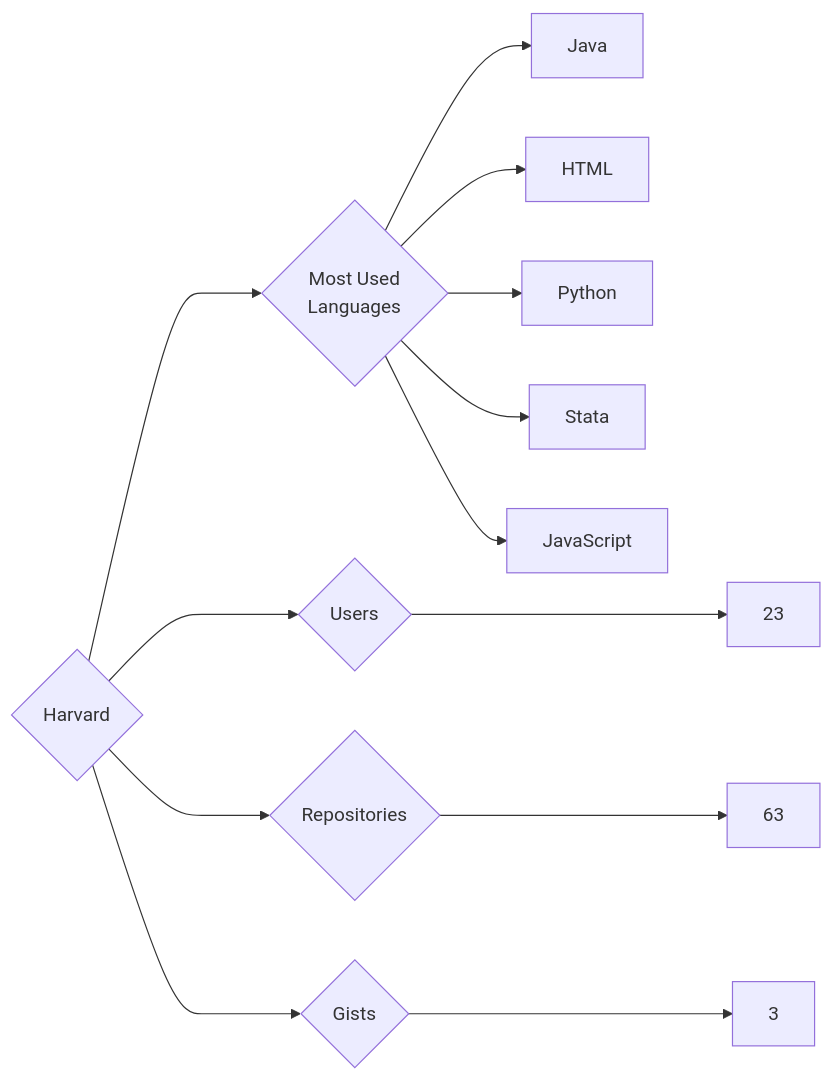
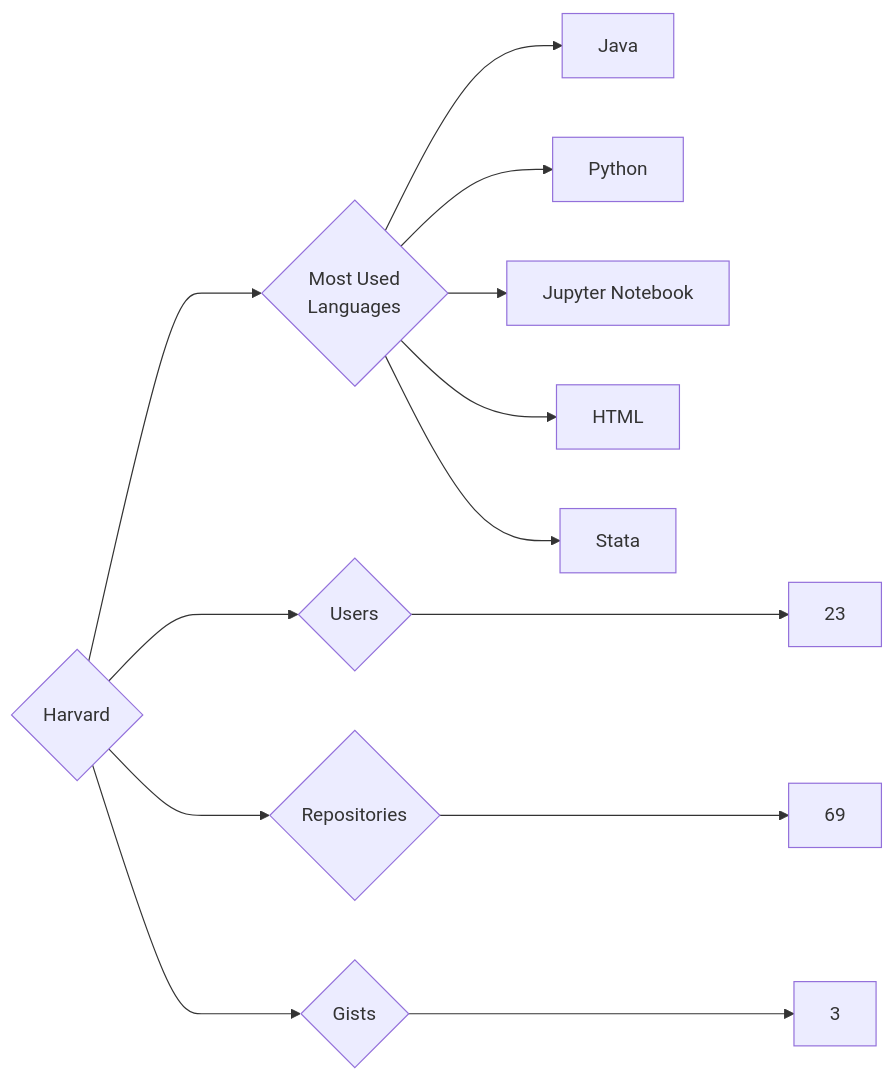
One commit to trickest/insiders changed the diagram in targets/Harvard/README.md. Above: the diagram before and after it, drawn with Mermaid. The commit also changed 688 other files, not shown here.

````diff
--- a/targets/Harvard/README.md
+++ b/targets/Harvard/README.md
@@ -3,13 +3,13 @@
 ```mermaid
 graph LR
 COMPANY_NAME{Harvard}
 COMPANY_NAME ---> U{Users} ---> UN[23]
-COMPANY_NAME ---> R{Repositories} ---> RN[63]
+COMPANY_NAME ---> R{Repositories} ---> RN[69]
 COMPANY_NAME ---> G{Gists} ---> GN[3]
 COMPANY_NAME ---> ML{Most Used<br>Languages}
 ML --> Java[Java]
+ML --> Python[Python]
+ML --> Jupyter_Notebook[Jupyter Notebook]
 ML --> HTML[HTML]
-ML --> Python[Python]
 ML --> Stata[Stata]
-ML --> JavaScript[JavaScript]
 ```
````
